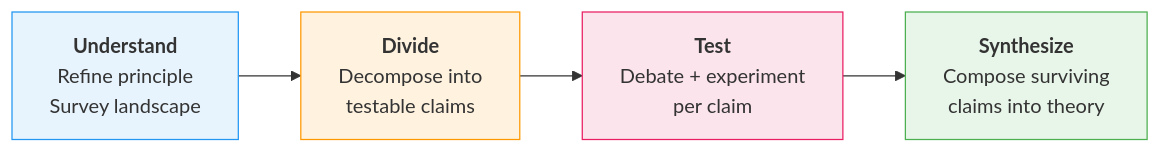
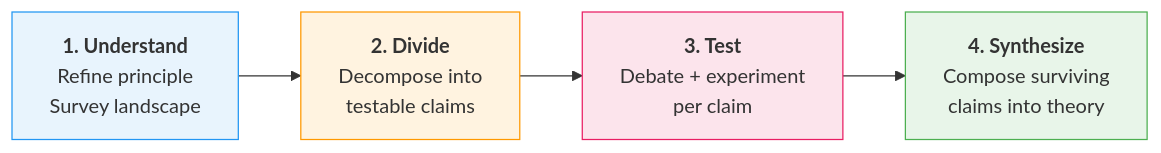
The first of 4 diagrams in README.md (Gavin-Qiao/adversarial-research), drawn with Mermaid before and after one commit. The commit also changed other lines of this file and 3 other files, not shown here.

````diff
--- a/README.md
+++ b/README.md
@@ -42,11 +49,11 @@
 ```mermaid
 graph LR
-    U["<b>Understand</b><br/>Refine principle<br/>Survey landscape"] --> D["<b>Divide</b><br/>Decompose into<br/>testable claims"]
-    D --> T["<b>Test</b><br/>Debate + experiment<br/>per claim"]
-    T --> S["<b>Synthesize</b><br/>Compose surviving<br/>claims into theory"]
+    U["<b>1. Understand</b><br/>Refine principle<br/>Survey landscape"] --> D["<b>2. Divide</b><br/>Decompose into<br/>testable claims"]
+    D --> T["<b>3. Test</b><br/>Debate + experiment<br/>per claim"]
+    T --> S["<b>4. Synthesize</b><br/>Compose surviving<br/>claims into theory"]
 
     style U fill:#e8f4fd,stroke:#2196f3
     style D fill:#fff3e0,stroke:#ff9800
     style T fill:#fce4ec,stroke:#e91e63
     style S fill:#e8f5e9,stroke:#4caf50
 ```
````
